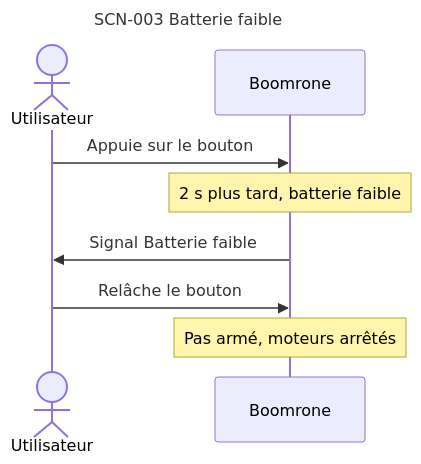
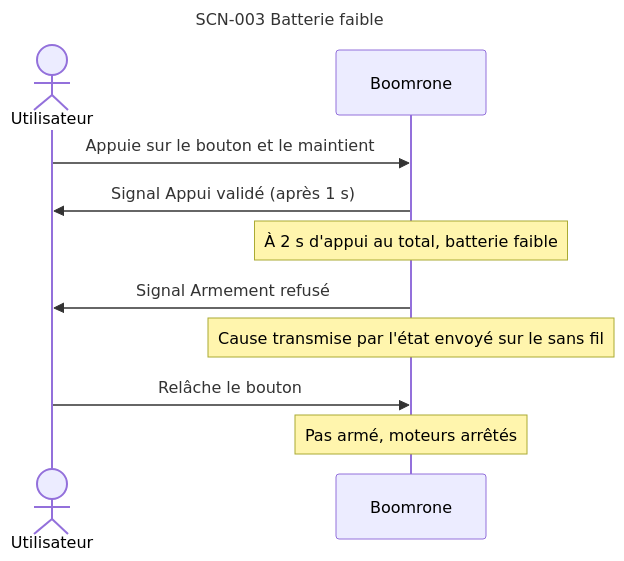
The fifth of 13 diagrams in projets/boomrone/00-scenarios.md (thourymatthieu-png/coworker_archi_system), drawn with Mermaid before and after one commit. The commit also changed other lines of this file and 6 other files, not shown here.

````diff
--- a/projets/boomrone/00-scenarios.md
+++ b/projets/boomrone/00-scenarios.md
@@ -229,13 +232,15 @@
 ```mermaid
 ---
 title: "SCN-003 Batterie faible"
 ---
 sequenceDiagram
     actor U as Utilisateur
     participant D as Boomrone
-    U->>D: Appuie sur le bouton
-    Note over D: 2 s plus tard, batterie faible
-    D->>U: Signal Batterie faible
+    U->>D: Appuie sur le bouton et le maintient
+    D->>U: Signal Appui validé (après 1 s)
+    Note over D: À 2 s d'appui au total, batterie faible
+    D->>U: Signal Armement refusé
+    Note over D: Cause transmise par l'état envoyé sur le sans fil
     U->>D: Relâche le bouton
     Note over D: Pas armé, moteurs arrêtés
 ```
````
